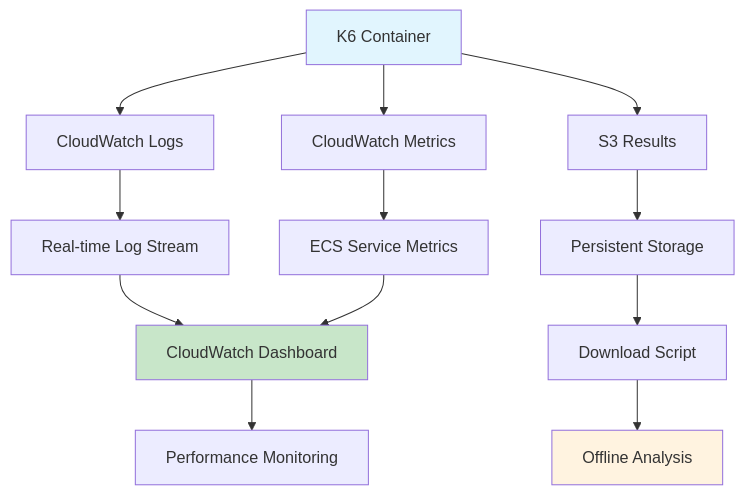
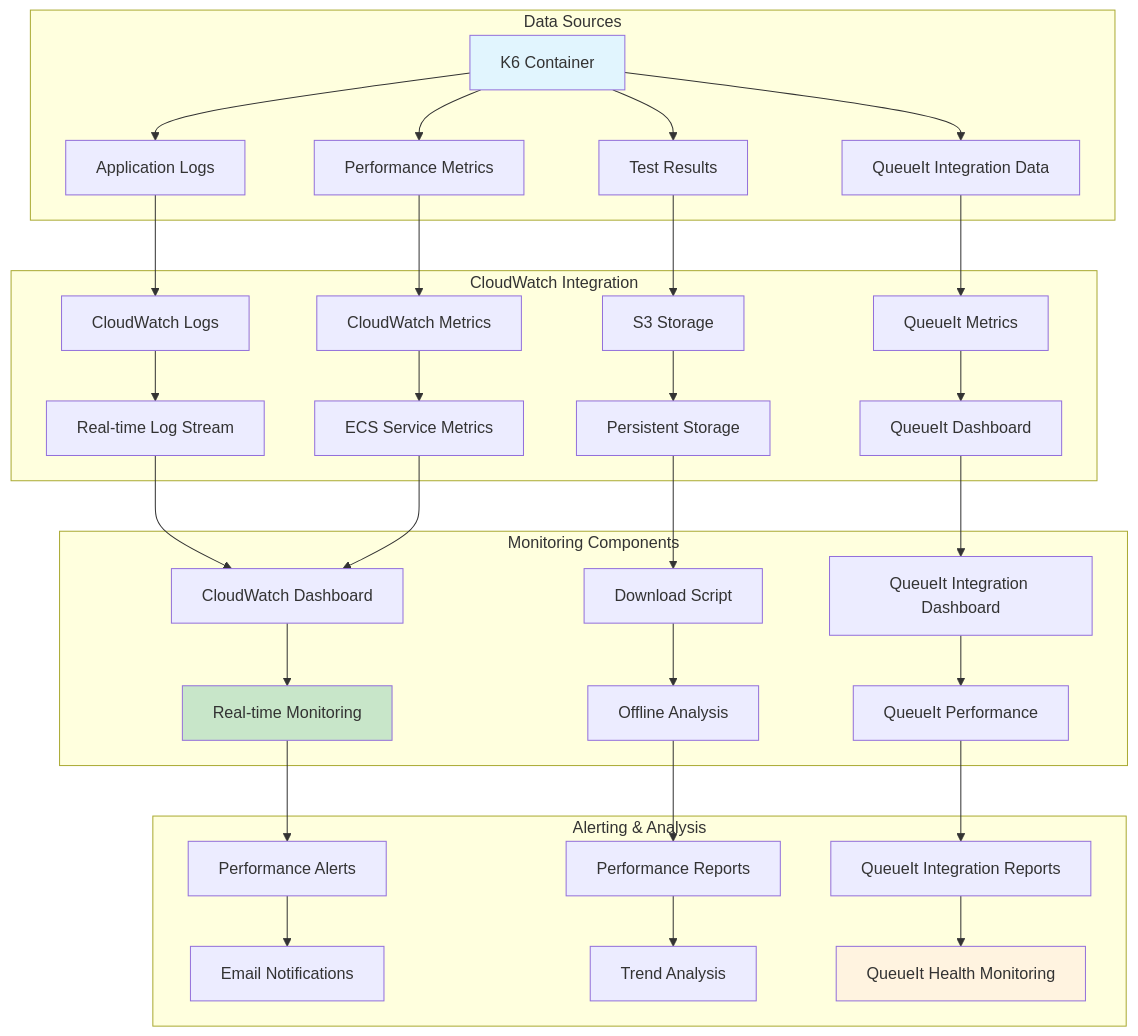
The tenth of 11 diagrams in testing-projects/iploads-with-k6-container/SOLUTION_ARCHITECTURE.md (stprojects3006/aflow-app), drawn with Mermaid before and after one commit. The commit also changed other lines of this file and 39 other files, not shown here.

````diff
--- a/testing-projects/iploads-with-k6-container/SOLUTION_ARCHITECTURE.md
+++ b/testing-projects/iploads-with-k6-container/SOLUTION_ARCHITECTURE.md
@@ -538,21 +685,46 @@
 ```mermaid
 flowchart TD
-    A[K6 Container] --> B[CloudWatch Logs]
-    A --> C[CloudWatch Metrics]
-    A --> D[S3 Results]
+    subgraph "Data Sources"
+        A[K6 Container] --> B[Application Logs]
+        A --> C[Performance Metrics]
+        A --> D[Test Results]
+        A --> E[QueueIt Integration Data]
+    end
     
-    B --> E[Real-time Log Stream]
-    C --> F[ECS Service Metrics]
-    D --> G[Persistent Storage]
+    subgraph "CloudWatch Integration"
+        B --> F[CloudWatch Logs]
+        C --> G[CloudWatch Metrics]
+        D --> H[S3 Storage]
+        E --> I[QueueIt Metrics]
+        
+        F --> J[Real-time Log Stream]
+        G --> K[ECS Service Metrics]
+        H --> L[Persistent Storage]
+        I --> M[QueueIt Dashboard]
+    end
     
-    E --> H[CloudWatch Dashboard]
-    F --> H
-    G --> I[Download Script]
+    subgraph "Monitoring Components"
+        J --> N[CloudWatch Dashboard]
+        K --> N
+        L --> O[Download Script]
+        M --> P[QueueIt Integration Dashboard]
+        
+        N --> Q[Real-time Monitoring]
+        O --> R[Offline Analysis]
+        P --> S[QueueIt Performance]
+    end
     
-    H --> J[Performance Monitoring]
-    I --> K[Offline Analysis]
+    subgraph "Alerting & Analysis"
+        Q --> T[Performance Alerts]
+        R --> U[Performance Reports]
+        S --> V[QueueIt Integration Reports]
+        
+        T --> W[Email Notifications]
+        U --> X[Trend Analysis]
+        V --> Y[QueueIt Health Monitoring]
+    end
     
     style A fill:#e1f5fe
-    style H fill:#c8e6c9
-    style K fill:#fff3e0
+    style Q fill:#c8e6c9
+    style Y fill:#fff3e0
 ```
````
